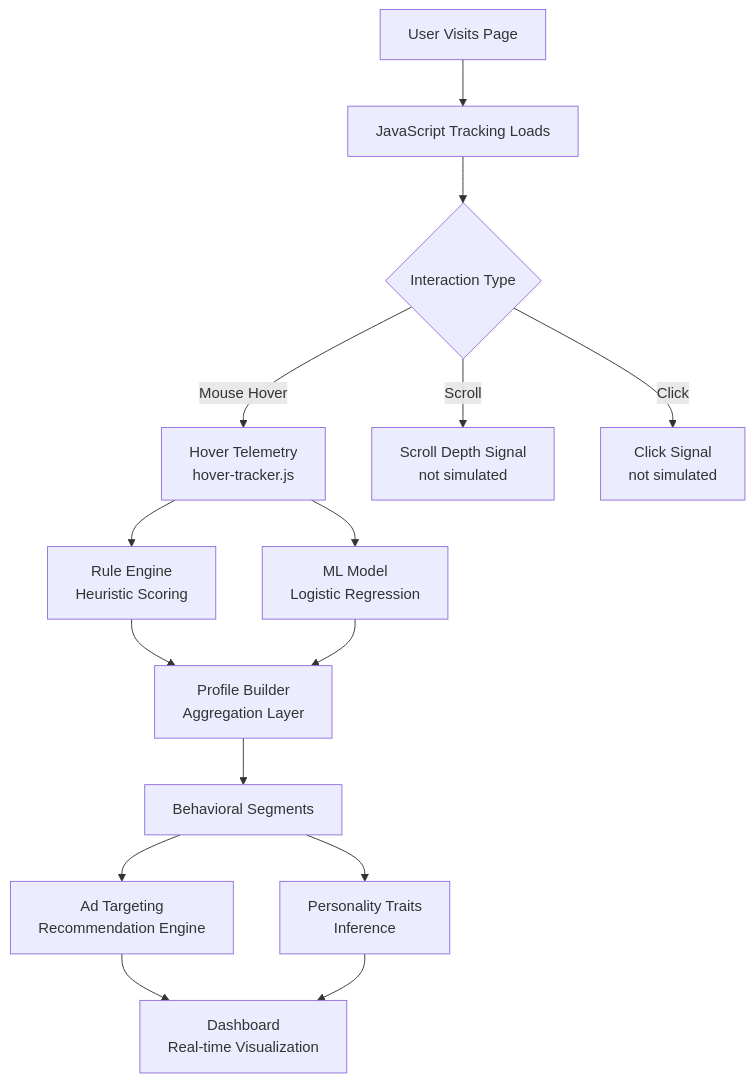
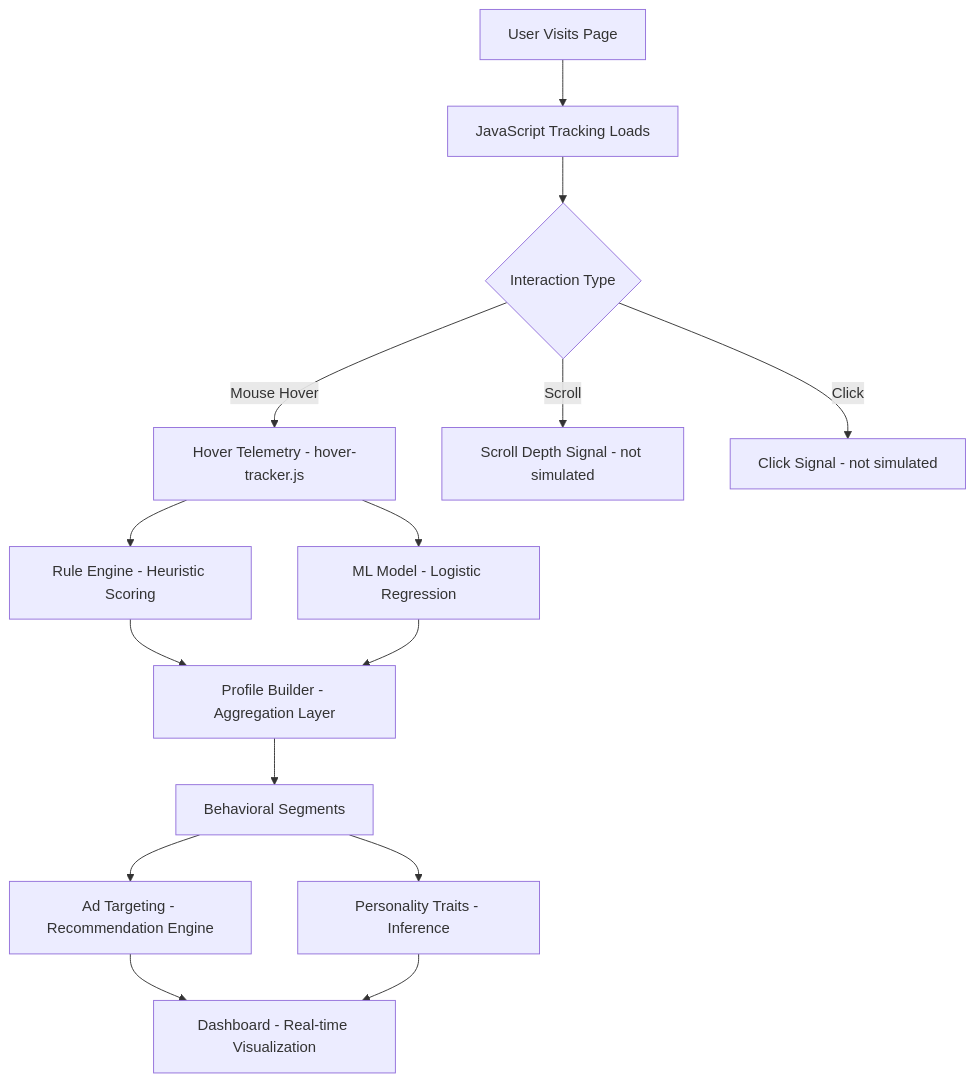
The first of 5 diagrams in README.md (hkevin01/HoverSense), drawn with Mermaid before and after one commit. The commit also changed other lines of this file, not shown here.

````diff
--- a/README.md
+++ b/README.md
@@ -84,17 +88,17 @@
 ```mermaid
 flowchart TD
     A[User Visits Page] --> B[JavaScript Tracking Loads]
     B --> C{Interaction Type}
-    C -->|Mouse Hover| D[Hover Telemetry\nhover-tracker.js]
-    C -->|Scroll| E[Scroll Depth Signal\nnot simulated]
-    C -->|Click| F[Click Signal\nnot simulated]
-    D --> G[Rule Engine\nHeuristic Scoring]
-    D --> H[ML Model\nLogistic Regression]
-    G --> I[Profile Builder\nAggregation Layer]
+    C -->|Mouse Hover| D[Hover Telemetry - hover-tracker.js]
+    C -->|Scroll| E[Scroll Depth Signal - not simulated]
+    C -->|Click| F[Click Signal - not simulated]
+    D --> G[Rule Engine - Heuristic Scoring]
+    D --> H[ML Model - Logistic Regression]
+    G --> I[Profile Builder - Aggregation Layer]
     H --> I
     I --> J[Behavioral Segments]
-    J --> K[Ad Targeting\nRecommendation Engine]
-    J --> L[Personality Traits\nInference]
-    K --> M[Dashboard\nReal-time Visualization]
+    J --> K[Ad Targeting - Recommendation Engine]
+    J --> L[Personality Traits - Inference]
+    K --> M[Dashboard - Real-time Visualization]
     L --> M
 ```
````
